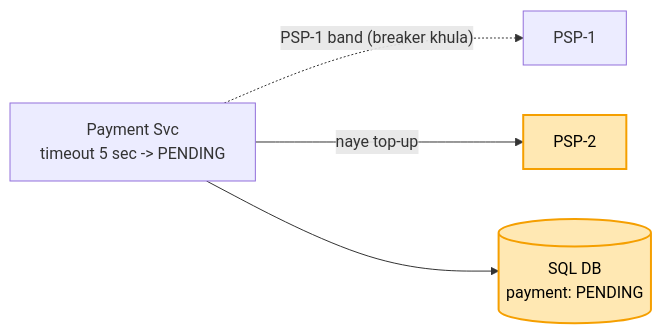
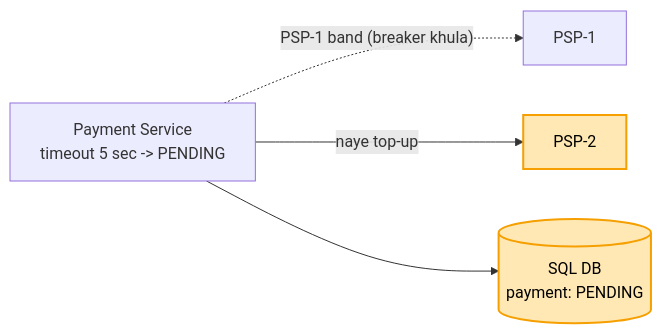
The second of 6 diagrams in 04_HLD/SYSTEM_DESIGNS/06_payment_system/06_payment_system.md (ArpanMaheshwari144/Prep), drawn with Mermaid before and after one commit. The commit also changed other lines of this file and 8 other files, not shown here.

````diff
--- a/04_HLD/SYSTEM_DESIGNS/06_payment_system/06_payment_system.md
+++ b/04_HLD/SYSTEM_DESIGNS/06_payment_system/06_payment_system.md
@@ -118,8 +118,8 @@
 ```mermaid
 flowchart LR
-    S["Payment Svc<br/>timeout 5 sec -> PENDING"] -. "PSP-1 band (breaker khula)" .-> P1["PSP-1"]
+    S["Payment Service<br/>timeout 5 sec -> PENDING"] -. "PSP-1 band (breaker khula)" .-> P1["PSP-1"]
     S -- "naye top-up" --> P2["PSP-2"]
     S --> D[("SQL DB<br/>payment: PENDING")]
     style P2 fill:#ffe8b3,stroke:#f59f00,stroke-width:2px,color:#000
     style D fill:#ffe8b3,stroke:#f59f00,stroke-width:2px,color:#000
 ```
````
